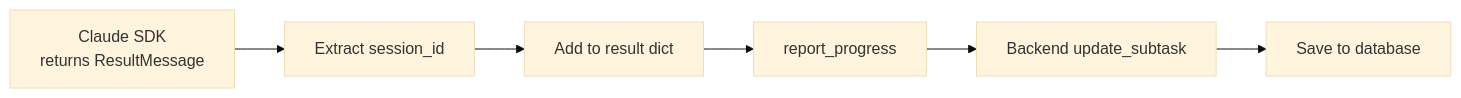
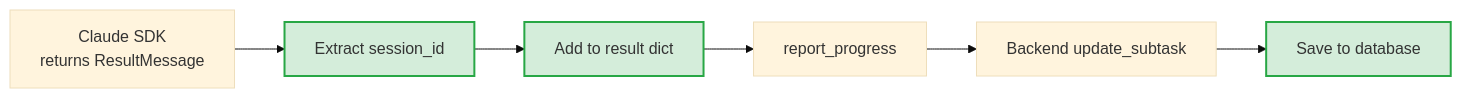
One commit to sunnights/Wegent changed the sixth of 8 diagrams in docs/en/features/task-restore.md. Above: the diagram before and after it, drawn with Mermaid (base theme). The commit also changed other lines of this file and 1 other file, not shown here.

First line of the commit message:
docs: highlight new features in Mermaid diagrams with green styling

````diff
--- a/docs/en/features/task-restore.md
+++ b/docs/en/features/task-restore.md
@@ -151,8 +171,10 @@
 ```mermaid
 flowchart LR
-    A[Claude SDK<br/>returns ResultMessage] --> B[Extract session_id]
-    B --> C[Add to result dict]
+    A[Claude SDK<br/>returns ResultMessage] --> B[Extract session_id]:::new
+    B --> C[Add to result dict]:::new
     C --> D[report_progress]
     D --> E[Backend update_subtask]
-    E --> F[Save to database]
+    E --> F[Save to database]:::new
+
+    classDef new fill:#d4edda,stroke:#28a745,stroke-width:2px
 ```
````
